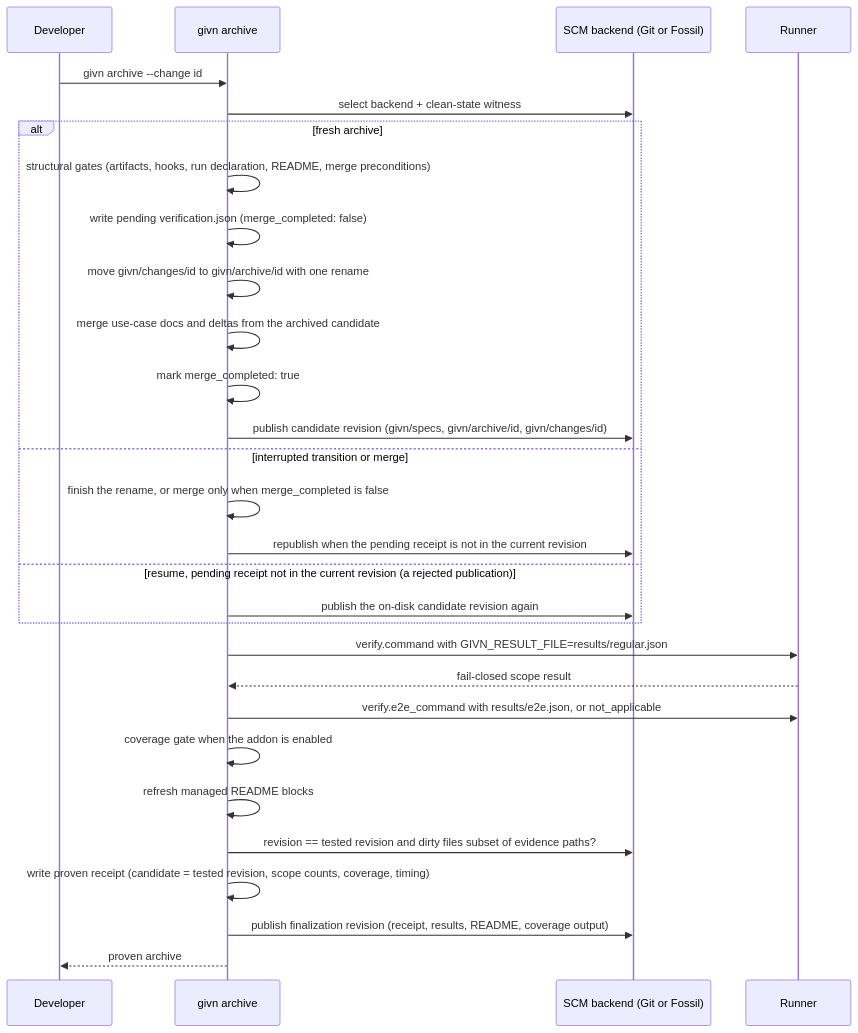
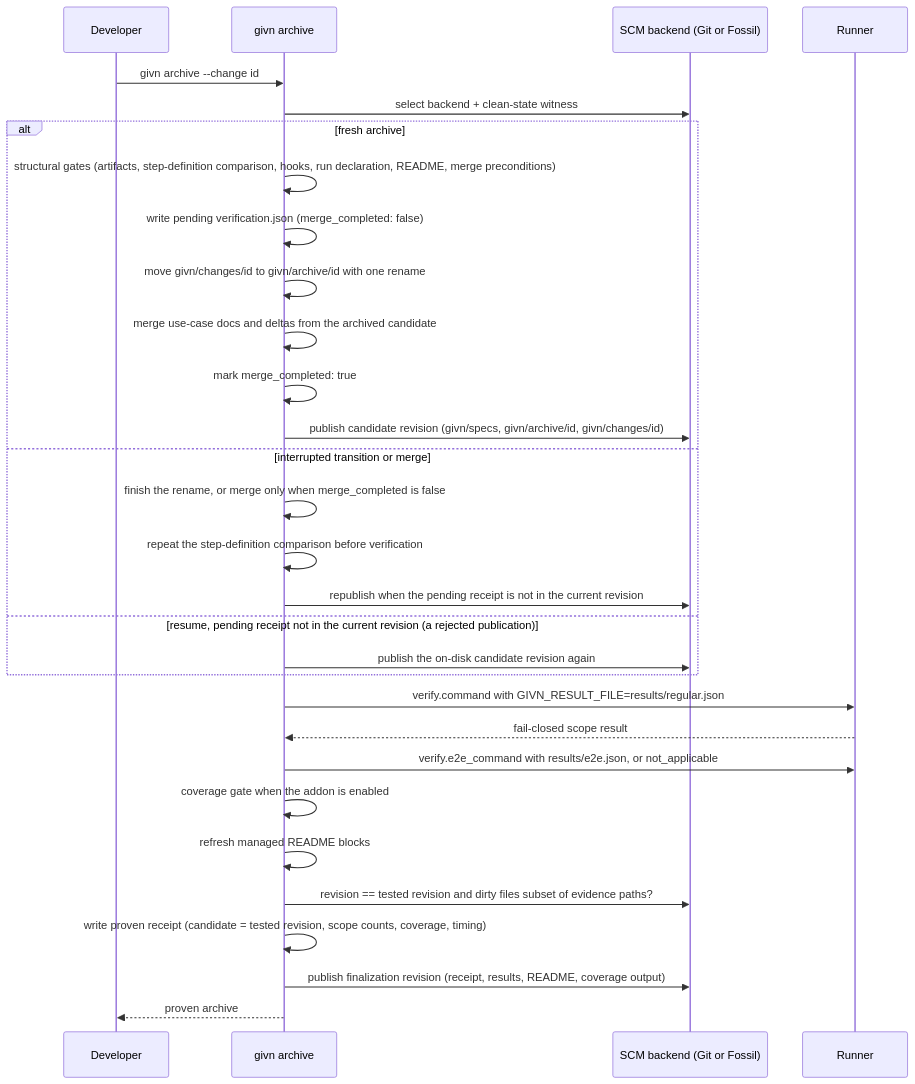
Before and after one commit to buster/givn: the second of 7 diagrams in docs/arc42/06-runtime-view.md, drawn with Mermaid. The commit also changed other lines of this file and 16 other files, not shown here.

````diff
--- a/docs/arc42/06-runtime-view.md
+++ b/docs/arc42/06-runtime-view.md
@@ -302,31 +302,32 @@
 ```mermaid
 sequenceDiagram
     participant D as Developer
     participant A as givn archive
     participant S as SCM backend (Git or Fossil)
     participant R as Runner
     D->>A: givn archive --change id
     A->>S: select backend + clean-state witness
     alt fresh archive
-        A->>A: structural gates (artifacts, hooks, run declaration, README, merge preconditions)
+        A->>A: structural gates (artifacts, step-definition comparison, hooks, run declaration, README, merge preconditions)
         A->>A: write pending verification.json (merge_completed: false)
         A->>A: move givn/changes/id to givn/archive/id with one rename
         A->>A: merge use-case docs and deltas from the archived candidate
         A->>A: mark merge_completed: true
         A->>S: publish candidate revision (givn/specs, givn/archive/id, givn/changes/id)
     else interrupted transition or merge
         A->>A: finish the rename, or merge only when merge_completed is false
+        A->>A: repeat the step-definition comparison before verification
         A->>S: republish when the pending receipt is not in the current revision
     else resume, pending receipt not in the current revision (a rejected publication)
         A->>S: publish the on-disk candidate revision again
     end
     A->>R: verify.command with GIVN_RESULT_FILE=results/regular.json
     R-->>A: fail-closed scope result
     A->>R: verify.e2e_command with results/e2e.json, or not_applicable
     A->>A: coverage gate when the addon is enabled
     A->>A: refresh managed README blocks
     A->>S: revision == tested revision and dirty files subset of evidence paths?
     A->>A: write proven receipt (candidate = tested revision, scope counts, coverage, timing)
     A->>S: publish finalization revision (receipt, results, README, coverage output)
     A-->>D: proven archive
 ```
````
